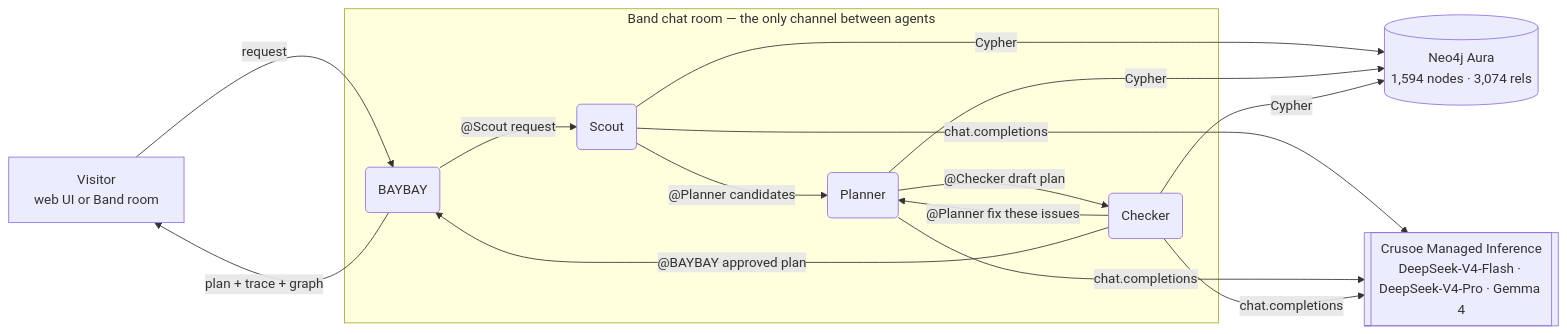
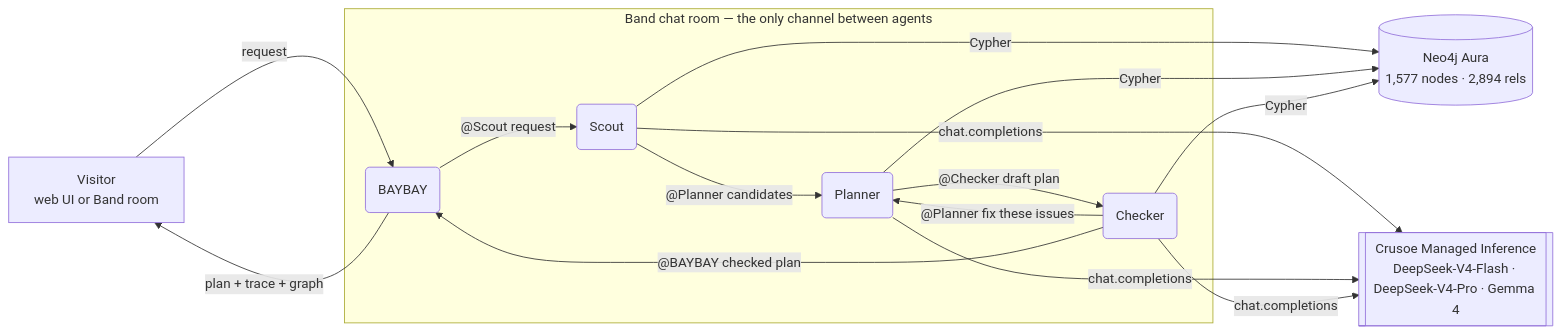
Before and after one commit to willyuan24-source/baybay-crew: the diagram in README.md, drawn with Mermaid. The commit also changed other lines of this file and 25 other files, not shown here.

````diff
--- a/README.md
+++ b/README.md
@@ -38,14 +75,14 @@
 ```mermaid
 flowchart LR
   U[Visitor<br/>web UI or Band room] -->|request| B(BAYBAY)
   subgraph BAND[Band chat room — the only channel between agents]
     B -->|"@Scout request"| S(Scout)
     S -->|"@Planner candidates"| P(Planner)
     P -->|"@Checker draft plan"| C(Checker)
     C -->|"@Planner fix these issues"| P
-    C -->|"@BAYBAY approved plan"| B
+    C -->|"@BAYBAY checked plan"| B
   end
-  S & P & C -->|Cypher| N[(Neo4j Aura<br/>1,594 nodes · 3,074 rels)]
+  S & P & C -->|Cypher| N[(Neo4j Aura<br/>1,577 nodes · 2,894 rels)]
   S & P & C -->|chat.completions| X[[Crusoe Managed Inference<br/>DeepSeek-V4-Flash · DeepSeek-V4-Pro · Gemma 4]]
   B -->|plan + trace + graph| U
 ```
````
